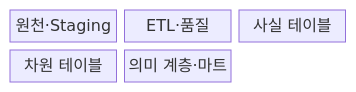
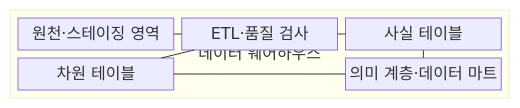
One commit to agnusdei1207/knowledge-base changed the first of 2 diagrams in src/content/docs/notes/03-software/124_data_warehouse.md. Above: the diagram before and after it, drawn with Mermaid. The commit also changed other lines of this file and 20 other files, not shown here.

````diff
--- a/src/content/docs/notes/03-software/124_data_warehouse.md
+++ b/src/content/docs/notes/03-software/124_data_warehouse.md
@@ -57,9 +60,18 @@
 ```mermaid
-block-beta
-  columns 3
-  S["원천·Staging"]
-  E["ETL·품질"]
-  F["사실 테이블"]
-  D["차원 테이블"]
-  M["의미 계층·마트"]
+block
+    columns 1
+    block:DW["데이터 웨어하우스"]
+        columns 3
+        S["원천·스테이징 영역"]
+        E["ETL·품질 검사"]
+        F["사실 테이블"]
+        D["차원 테이블"]
+        space
+        M["의미 계층·데이터 마트"]
+    end
+    S --- E
+    E --- F
+    E --- D
+    F --- M
+    D --- M
 ```
````
